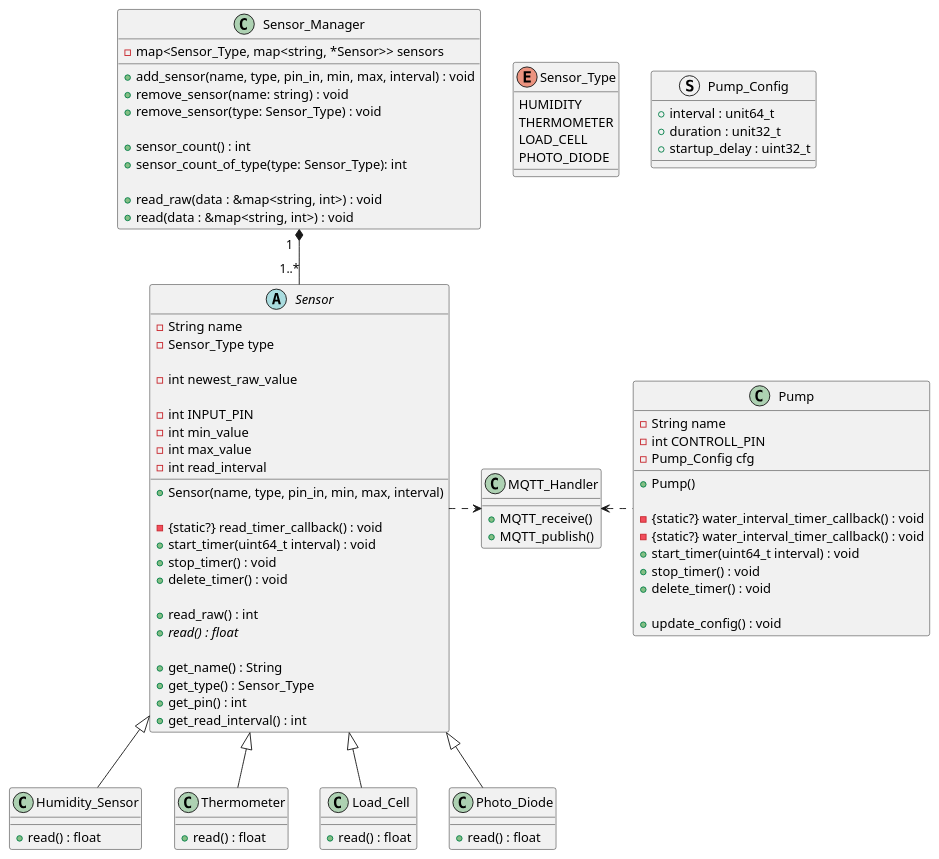
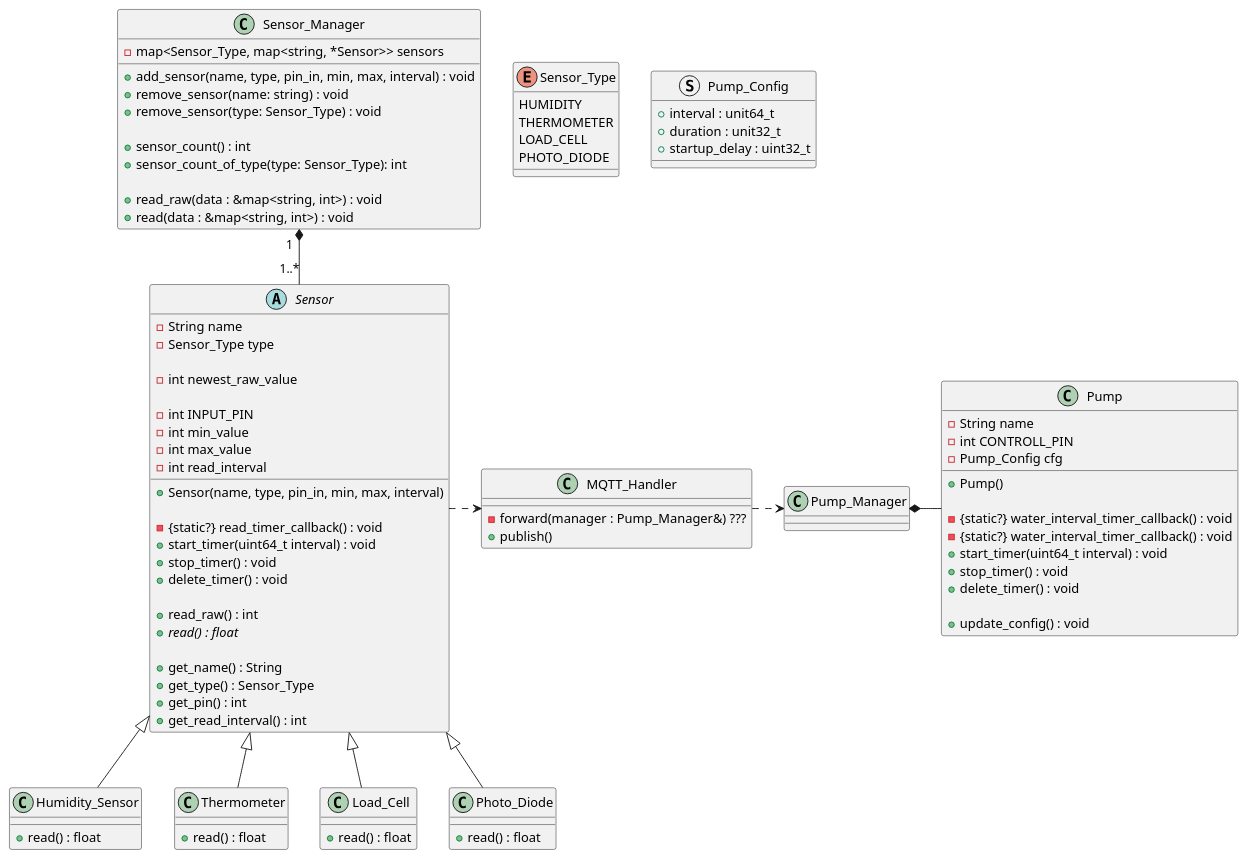
Before and after one commit to Einar-Eide/vanningsystem_v2: the diagram in planing/classes.puml, drawn with PlantUML. The commit also changed 3 other files, not shown here.

```diff
--- a/planing/classes.puml
+++ b/planing/classes.puml
@@ -1,115 +1,119 @@
 @startuml
 
 'enum
 enum Sensor_Type {
     HUMIDITY
     THERMOMETER
     LOAD_CELL
     PHOTO_DIODE
 }
 
 
 'struct (this one might be removed)
 struct Pump_Config {
     +interval : unit64_t
     +duration : unit32_t
     +startup_delay : uint32_t
 }
 
 'class
 class Pump {
     -String name
     -int CONTROLL_PIN
     -Pump_Config cfg
 
     +Pump()
 
     -{static?} water_interval_timer_callback() : void
     -{static?} water_interval_timer_callback() : void
     +start_timer(uint64_t interval) : void
     +stop_timer() : void
     +delete_timer() : void
 
     +update_config() : void
+}
+
+class Pump_Manager {
 
 }
+
 
 abstract class Sensor {
     -String name
     -Sensor_Type type
 
     -int newest_raw_value
     
     -int INPUT_PIN
     -int min_value
     -int max_value
     -int read_interval
 
     +Sensor(name, type, pin_in, min, max, interval)
 
     -{static?} read_timer_callback() : void
     +start_timer(uint64_t interval) : void
     +stop_timer() : void
     +delete_timer() : void
 
     +read_raw() : int
     +{abstract} read() : float
 
     +get_name() : String
     +get_type() : Sensor_Type
     +get_pin() : int
     +get_read_interval() : int
 }
 
 class Sensor_Manager {
     -map<Sensor_Type, map<string, *Sensor>> sensors
     
     +add_sensor(name, type, pin_in, min, max, interval) : void
     +remove_sensor(name: string) : void
     +remove_sensor(type: Sensor_Type) : void
 
     +sensor_count() : int
     +sensor_count_of_type(type: Sensor_Type): int
 
     +read_raw(data : &map<string, int>) : void
     +read(data : &map<string, int>) : void
 }
 
 class Humidity_Sensor {
     +read() : float
 }
 
 class Thermometer {
     +read() : float
 }
 
 class Load_Cell {
     +read() : float
 }
 
 class Photo_Diode {
     +read() : float
 }
 
 'her har jeg lite kontroll på hvordan dette faktisk kommer til å fingere 
 class MQTT_Handler {
-    
-    +MQTT_receive()
-    +MQTT_publish()
+    -forward(manager : Pump_Manager&) ???
+    +publish()
 }
 
 
 'relations
 
 'Pump
-MQTT_Handler <. Pump
+Pump_Manager *- Pump
+MQTT_Handler .> Pump_Manager
 
 'Sensor
 Sensor_Manager "1  " *-- "1..*" Sensor
 Sensor <|-- Humidity_Sensor
 Sensor <|-- Thermometer
 Sensor <|-- Load_Cell
 Sensor <|-- Photo_Diode
 Sensor .> MQTT_Handler
 
 @enduml
```
